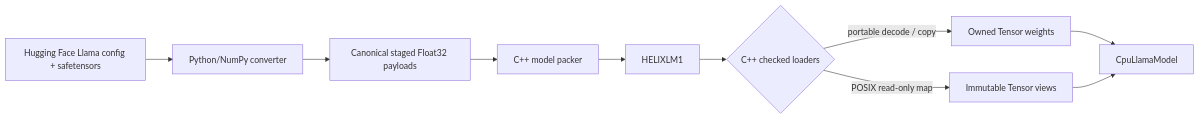
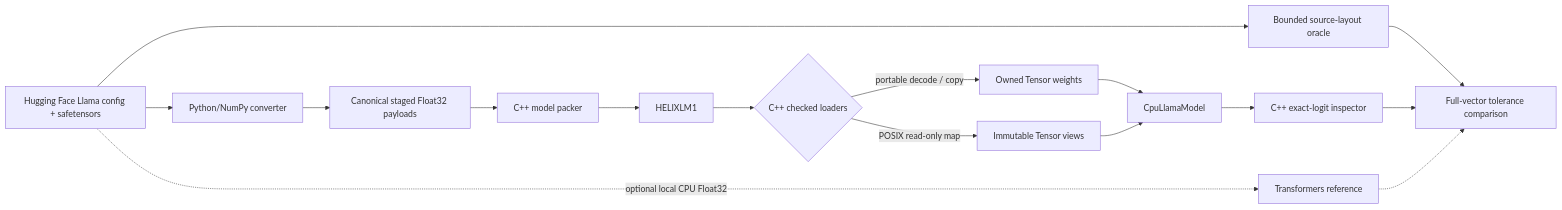
One commit to parthpandya5/helix-runtime changed diagram 12 of 13 in docs/ARCHITECTURE.md. Above: the diagram before and after it, drawn with Mermaid. The commit also changed other lines of this file and 5 other files, not shown here.

````diff
--- a/docs/ARCHITECTURE.md
+++ b/docs/ARCHITECTURE.md
@@ -612,12 +612,18 @@
 ```mermaid
 flowchart LR
     HF[Hugging Face Llama config + safetensors] --> Py[Python/NumPy converter]
+    HF --> Oracle[Bounded source-layout oracle]
     Py --> Raw[Canonical staged Float32 payloads]
     Raw --> Packer[C++ model packer]
     Packer --> File[HELIXLM1]
     File --> Loader{C++ checked loaders}
     Loader -->|portable decode / copy| Owned[Owned Tensor weights]
     Loader -->|POSIX read-only map| Mapped[Immutable Tensor views]
     Owned --> Model[CpuLlamaModel]
     Mapped --> Model
+    Model --> Inspector[C++ exact-logit inspector]
+    Oracle --> Compare[Full-vector tolerance comparison]
+    Inspector --> Compare
+    HF -. optional local CPU Float32 .-> External[Transformers reference]
+    External -.-> Compare
 ```
````
